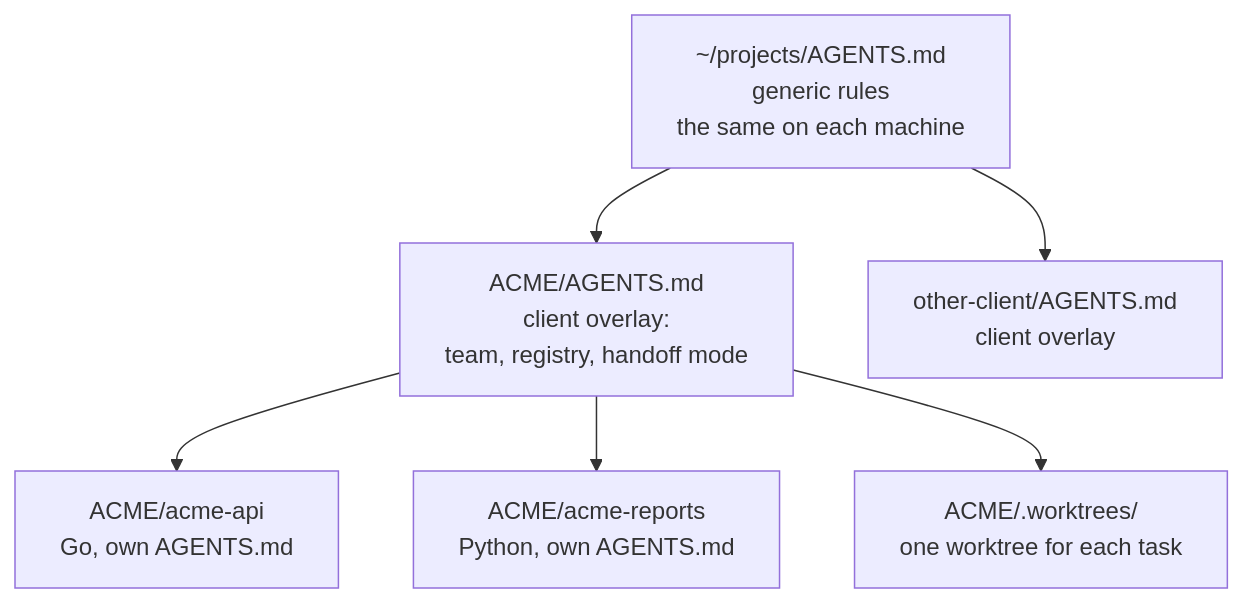
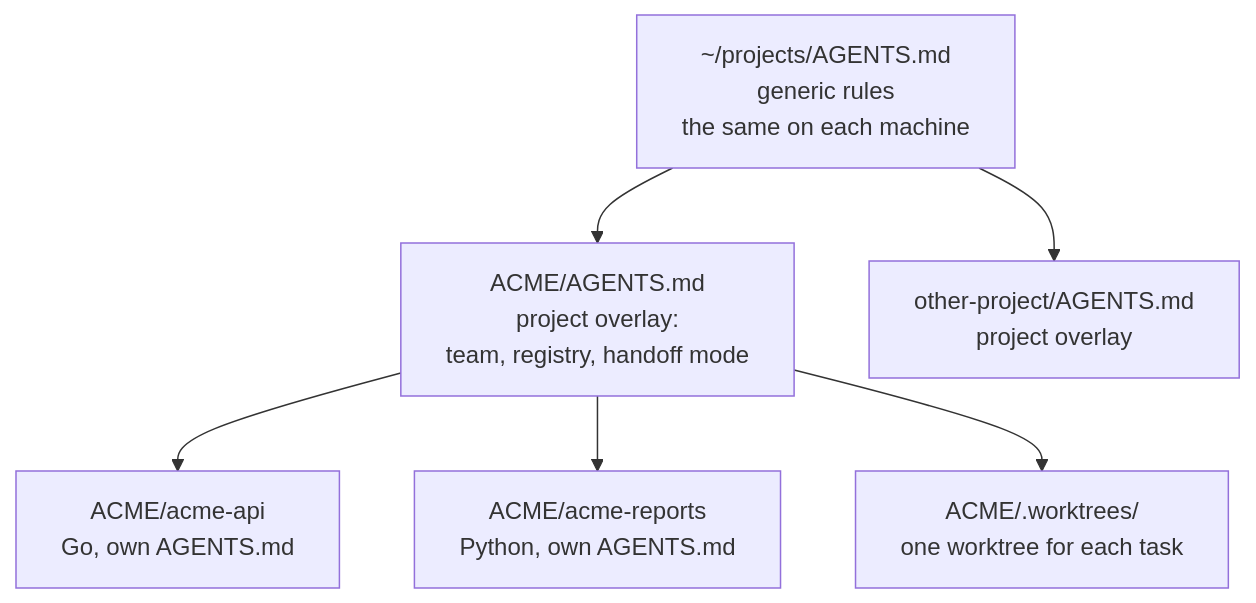
One commit to scholtenmartijn/ai-workspace changed the first of 3 diagrams in README.md. Above: the diagram before and after it, drawn with Mermaid. The commit also changed other lines of this file and 4 other files, not shown here.

Commit message:
docs: rename client overlay to project overlay

````diff
--- a/README.md
+++ b/README.md
@@ -12,14 +12,14 @@
 ```mermaid
 ---
 config:
   flowchart:
     wrappingWidth: 400
 ---
 flowchart TB
   W["~/projects/AGENTS.md<br/>generic rules<br/>the same on each machine"]
-  W --> A["ACME/AGENTS.md<br/>client overlay:<br/>team, registry, handoff mode"]
-  W --> B["other-client/AGENTS.md<br/>client overlay"]
+  W --> A["ACME/AGENTS.md<br/>project overlay:<br/>team, registry, handoff mode"]
+  W --> B["other-project/AGENTS.md<br/>project overlay"]
   A --> R1["ACME/acme-api<br/>Go, own AGENTS.md"]
   A --> R2["ACME/acme-reports<br/>Python, own AGENTS.md"]
   A --> WT["ACME/.worktrees/<br/>one worktree for each task"]
 ```
````
